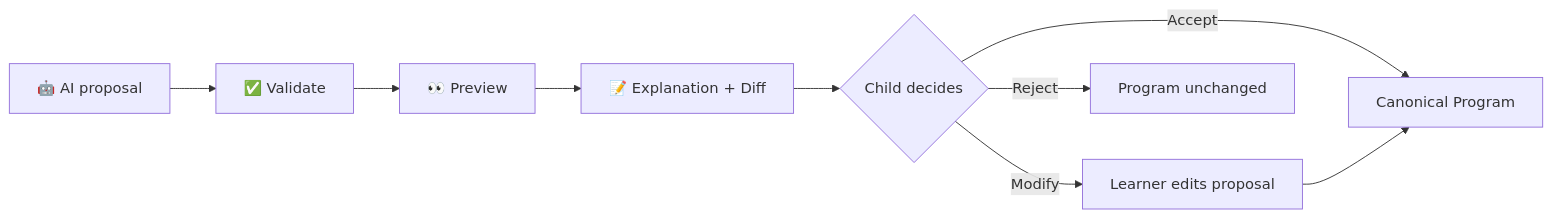
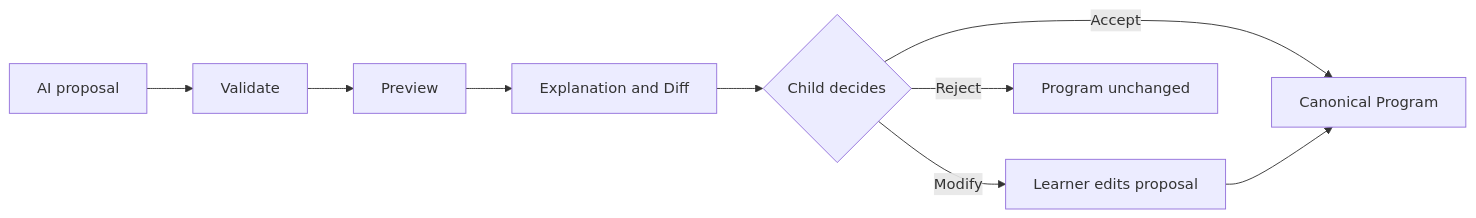
The second of 16 diagrams in README.md (Modern-Ash/agorix), drawn with Mermaid before and after one commit. The commit also changed other lines of this file, not shown here.

Commit message:
docs: make Mermaid diagrams GitHub-safe

````diff
--- a/README.md
+++ b/README.md
@@ -99,11 +96,11 @@
 ```mermaid
 flowchart LR
-    A["🤖 AI proposal"] --> B["✅ Validate"]
-    B --> C["👀 Preview"]
-    C --> D["📝 Explanation + Diff"]
-    D --> E{"Child decides"}
-    E -->|Accept| F["Canonical Program"]
-    E -->|Modify| G["Learner edits proposal"]
+    A[AI proposal] --> B[Validate]
+    B --> C[Preview]
+    C --> D[Explanation and Diff]
+    D --> E{Child decides}
+    E -->|Accept| F[Canonical Program]
+    E -->|Modify| G[Learner edits proposal]
     G --> F
-    E -->|Reject| H["Program unchanged"]
+    E -->|Reject| H[Program unchanged]
 ```
````
